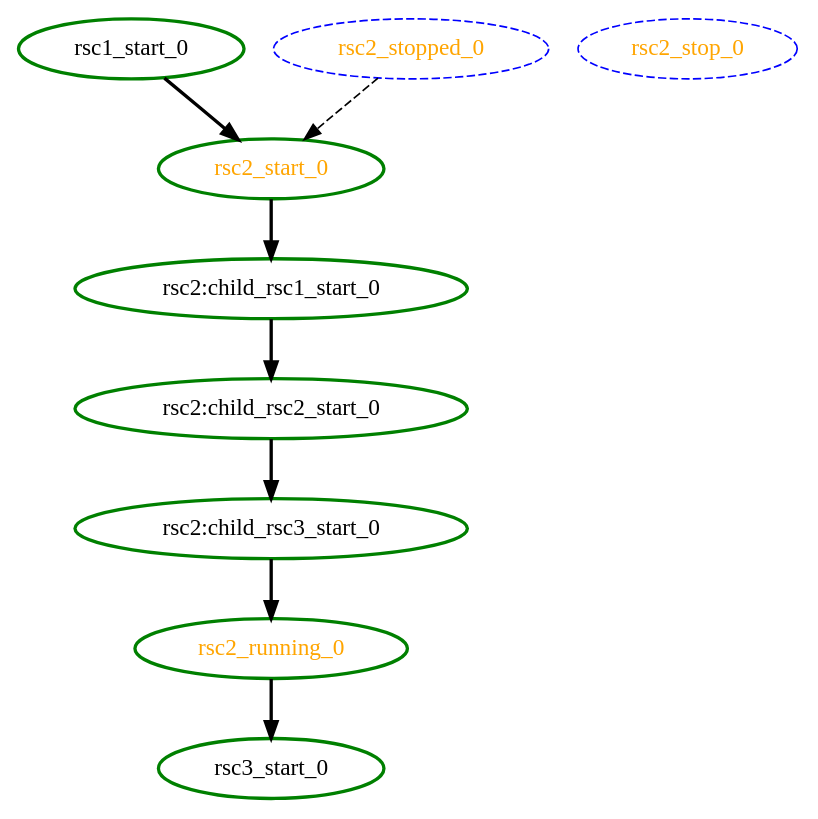
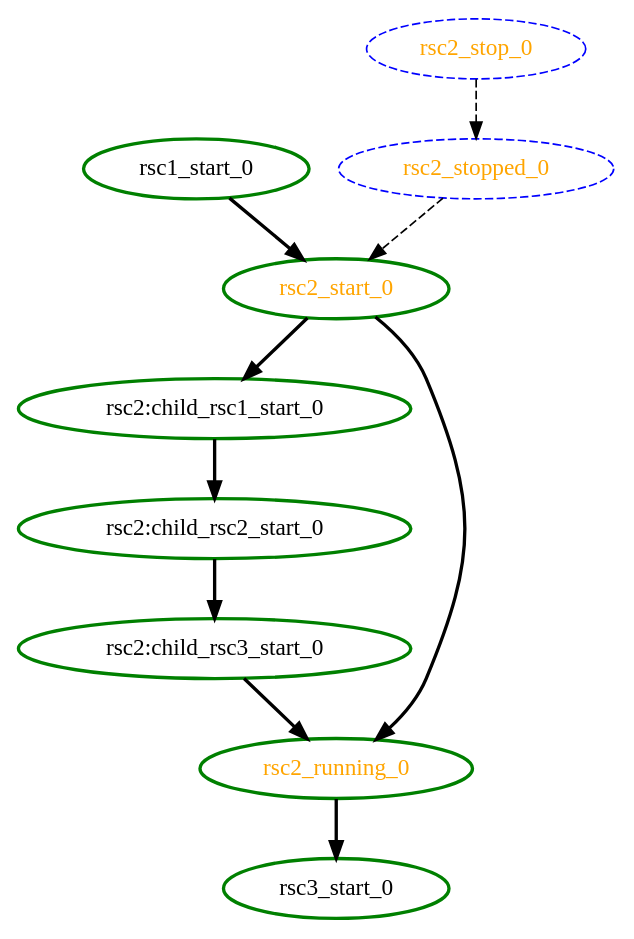
The diagram in crm/pengine/testcases/group2.dot (richiewen8/heartbeat), drawn with Graphviz before and after one commit. The commit also changed 105 other files, not shown here.

```diff
--- a/crm/pengine/testcases/group2.dot
+++ b/crm/pengine/testcases/group2.dot
@@ -1,19 +1,21 @@
 digraph "g" {
 	size = "30,30"
 "rsc1_start_0" [ tooltip="node1" style=bold color="green" fontcolor="black" ]
 "rsc2:child_rsc1_start_0" [ tooltip="node2" style=bold color="green" fontcolor="black" ]
 "rsc2:child_rsc2_start_0" [ tooltip="node2" style=bold color="green" fontcolor="black" ]
 "rsc2:child_rsc3_start_0" [ tooltip="node2" style=bold color="green" fontcolor="black" ]
 "rsc2_start_0" [ tooltip="" style=bold color="green" fontcolor="orange" ]
 "rsc2_running_0" [ tooltip="" style=bold color="green" fontcolor="orange" ]
 "rsc2_stop_0" [ style="dashed" color="blue" fontcolor="orange" ]
 "rsc2_stopped_0" [ style="dashed" color="blue" fontcolor="orange" ]
 "rsc3_start_0" [ tooltip="node1" style=bold color="green" fontcolor="black" ]
 "rsc2_start_0" -> "rsc2:child_rsc1_start_0" [ style = bold]
 "rsc2:child_rsc1_start_0" -> "rsc2:child_rsc2_start_0" [ style = bold]
 "rsc2:child_rsc2_start_0" -> "rsc2:child_rsc3_start_0" [ style = bold]
 "rsc1_start_0" -> "rsc2_start_0" [ style = bold]
 "rsc2_stopped_0" -> "rsc2_start_0" [ style = dashed]
 "rsc2:child_rsc3_start_0" -> "rsc2_running_0" [ style = bold]
+"rsc2_start_0" -> "rsc2_running_0" [ style = bold]
+"rsc2_stop_0" -> "rsc2_stopped_0" [ style = dashed]
 "rsc2_running_0" -> "rsc3_start_0" [ style = bold]
 }
```
